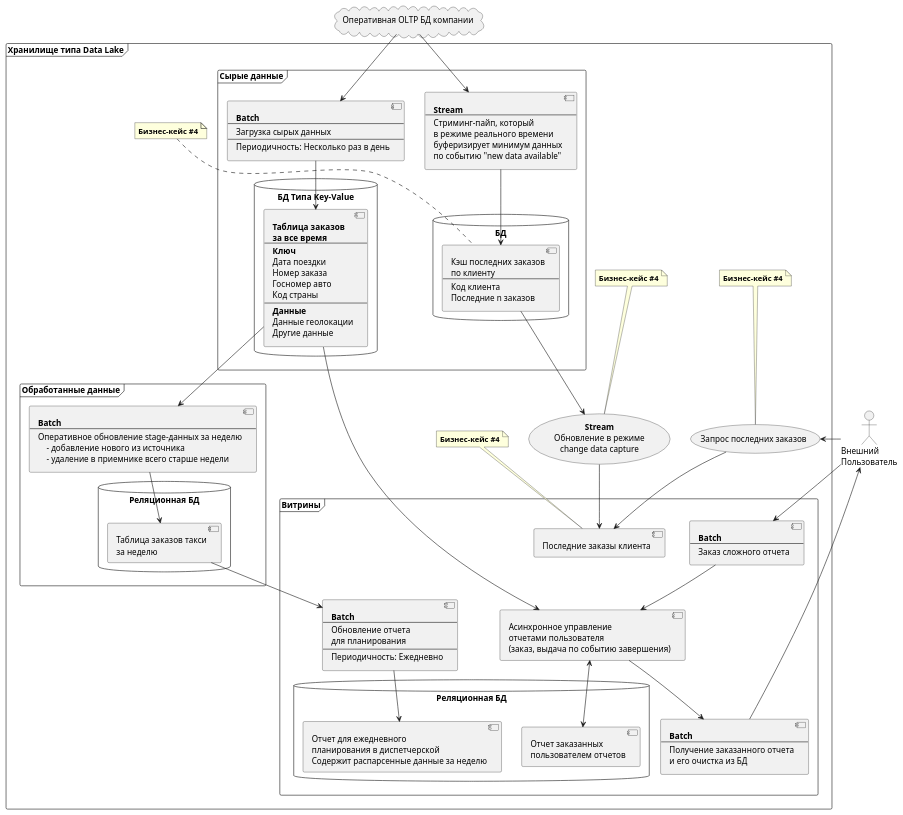
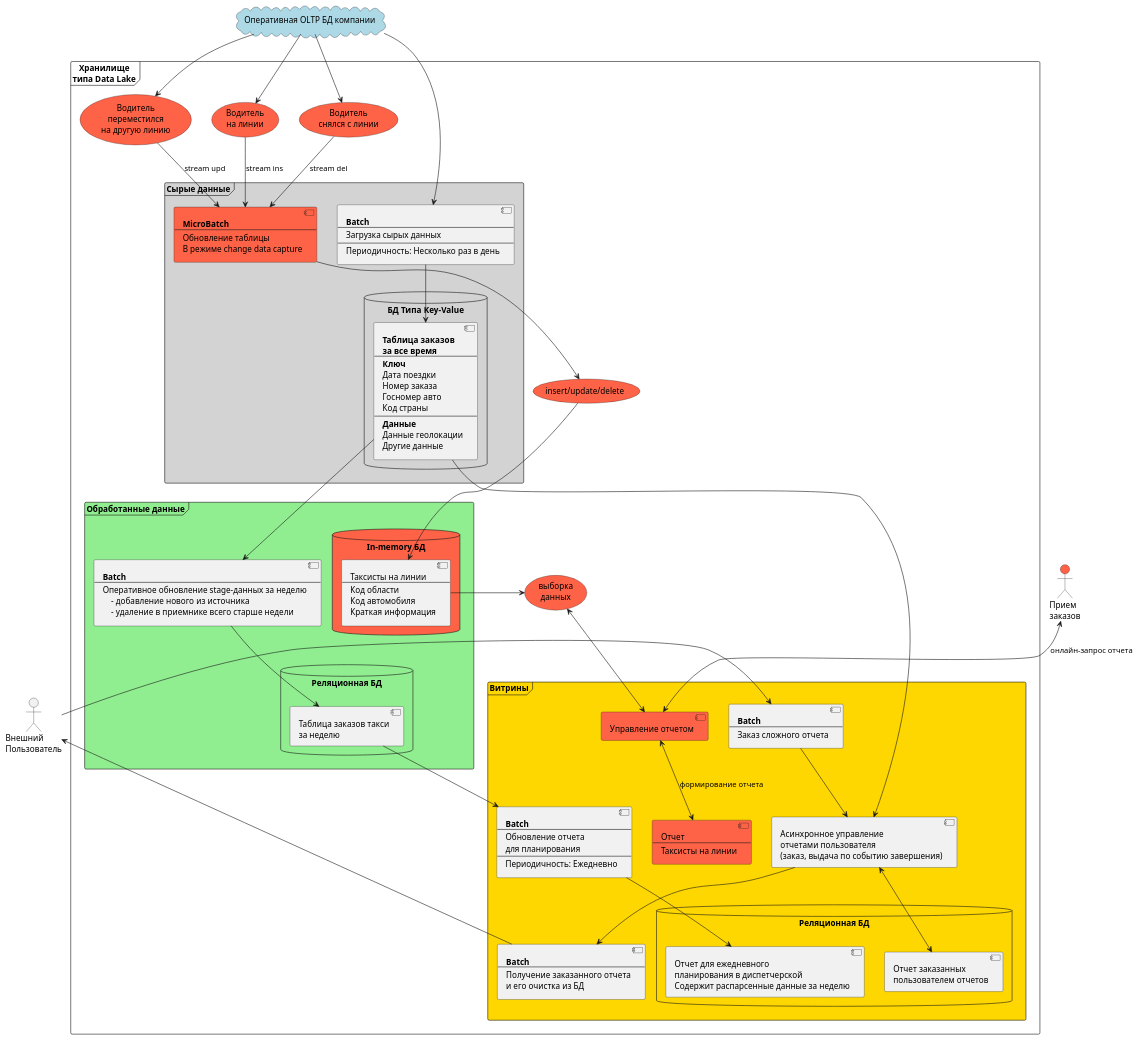
The diagram in home_exercises/ex2/datawarehouse_datalake.plantuml (tol2000/dataengineerclub), drawn with PlantUML before and after one commit. The commit also changed 1 other file, not shown here.

```diff
--- a/home_exercises/ex2/datawarehouse_datalake.plantuml
+++ b/home_exercises/ex2/datawarehouse_datalake.plantuml
@@ -1,135 +1,154 @@
 @startuml DataWarehouse
 
 skinparam ComponentStyle uml2
 
-cloud "Оперативная OLTP БД компании" as cloud_oltp_orders {
+' left to right direction
+' top to bottom direction
+
+cloud "Оперативная OLTP БД компании" as cloud_oltp_orders #LightBlue {
 
 }
 
 Actor "Внешний\nПользователь" as extuser
+'bc4
+Actor "Прием\nзаказов" as extuser4 #Tomato
 
-frame "Хранилище типа Data Lake" as frame_dlstor {
+frame "Хранилище\nтипа Data Lake" as frame_dlstor {
 
-    frame "Витрины" as frame_dlstor_dm {
+    frame "Витрины" as frame_dlstor_dm #Gold {
         component controller_extuser_reports [
             Асинхронное управление
             отчетами пользователя
             (заказ, выдача по событию завершения)
         ]
         database "Реляционная БД\n" as db_dm {
             component report_daily_plan [
                 Отчет для ежедневного
                 планирования в диспетчерской
                 Содержит распарсенные данные за неделю
             ]
             component report_extuser_reports [
                 Отчет заказанных
                 пользователем отчетов
             ]
         }
         component batch_report_daily_plan_refresh [
             **Batch**
             ----
             Обновление отчета
             для планирования
             ----
             Периодичность: Ежедневно
         ]
         component batch_extuser_report_order [
             **Batch**
             ----
             Заказ сложного отчета
         ]
         component batch_extuser_report_delivery [
             **Batch**
             ----
             Получение заказанного отчета
             и его очистка из БД
         ]
-        component tbl_last_orders [
-            Последние заказы клиента
+        'bc4
+        component report_drivers_online #Tomato [
+            Отчет
+            ----
+            Таксисты на линии
+        ]
+        'bc4
+        component control_report_drivers_online #Tomato [
+            Управление отчетом
         ]
     }
 
-    frame "Обработанные данные" as frame_dlstor_stage {
+    frame "Обработанные данные" as frame_dlstor_stage #LightGreen {
         database "Реляционная БД\n" as db_stage {
             [Таблица заказов такси\nза неделю] as tbl_staged_orders_week
         }
         component batch_tbl_orders_week_refresh [
             **Batch**
             ----
             Оперативное обновление stage-данных за неделю
                 - добавление нового из источника
                 - удаление в приемнике всего старше недели
         ]
+        'bc4
+        database "In-memory БД" as db_drivers_online #Tomato {
+            component tbl_drivers_online [
+                Таксисты на линии
+                ----
+                Код области
+                Код автомобиля
+                Краткая информация
+            ]
+        }
     }
 
-    frame "Сырые данные" as frame_dlstor_raw {
+    frame "Сырые данные" as frame_dlstor_raw #LightGray {
         database "БД Типа Key-Value" as db_raw {
             [**Таблица заказов**\n**за все время**\n----\n**Ключ**\nДата поездки\nНомер заказа\nГосномер авто\nКод страны\n----\n**Данные**\nДанные геолокации\nДругие данные] as tbl_raw_orders
         }
         component batch_raw_load [
             **Batch**
             ----
             Загрузка сырых данных
             ----
             Периодичность: Несколько раз в день
         ]
-        database "БД" as db_cache {
-            component tbl_cache_orders [
-                Кэш последних заказов
-                по клиенту
-                ----
-                Код клиента
-                Последние n заказов
-            ]
-        }
-        component stream_cache_proc [
-            **Stream**
+        'bc4
+        component batch_driver_status_proc #Tomato [
+            **MicroBatch**
             ----
-            Стриминг-пайп, который
-            в режиме реального времени
-            буферизирует минимум данных
-            по событию "new data available"
+            Обновление таблицы
+            В режиме change data capture
         ]
     }
-
-    (**Stream**\nОбновление в режиме\nchange data capture) as stream_last_orders_to_datamart
-    (Запрос последних заказов) as query_last_orders
 
     cloud_oltp_orders --> batch_raw_load
 
     batch_raw_load --> tbl_raw_orders
 
     tbl_raw_orders --> batch_tbl_orders_week_refresh
     batch_tbl_orders_week_refresh --> tbl_staged_orders_week
 
     tbl_staged_orders_week --> batch_report_daily_plan_refresh
     batch_report_daily_plan_refresh --> report_daily_plan
 
-    extuser --> batch_extuser_report_order
+    extuser -right-> batch_extuser_report_order
     batch_extuser_report_order --> controller_extuser_reports
     
     controller_extuser_reports <-- tbl_raw_orders
     controller_extuser_reports <--> report_extuser_reports
 
     controller_extuser_reports --> batch_extuser_report_delivery
-    batch_extuser_report_delivery --> extuser
+    batch_extuser_report_delivery -left-> extuser
 
-    cloud_oltp_orders --> stream_cache_proc
-    stream_cache_proc --> tbl_cache_orders
 
-    extuser --> (query_last_orders)
-    (query_last_orders) --> tbl_last_orders
+    'bc4
 
-    tbl_cache_orders --> (stream_last_orders_to_datamart)
-    (stream_last_orders_to_datamart) --> tbl_last_orders
+    (Водитель\nна линии) as driver_online #Tomato
+    (Водитель\nснялся с линии) as driver_offline #Tomato
+    (Водитель\nпереместился\nна другую линию) as driver_moved #Tomato
+    (выборка\nданных) as select_drivers_online #Tomato
+    (insert/update/delete) as insupddel_drivers_online #Tomato
+    
+    cloud_oltp_orders --> driver_online
+    cloud_oltp_orders --> driver_offline
+    cloud_oltp_orders --> driver_moved
 
-    note top of query_last_orders: **Бизнес-кейс #4**
-    note top of stream_last_orders_to_datamart: **Бизнес-кейс #4**
-    note top of tbl_cache_orders: **Бизнес-кейс #4**
-    note top of tbl_last_orders: **Бизнес-кейс #4**
+    driver_online --> batch_driver_status_proc : stream ins
+    driver_offline --> batch_driver_status_proc : stream del
+    driver_moved --> batch_driver_status_proc : stream upd
 
+    batch_driver_status_proc --> insupddel_drivers_online
+    insupddel_drivers_online --> tbl_drivers_online
+
+    extuser4 <--> control_report_drivers_online : онлайн-запрос отчета
+    tbl_drivers_online --> select_drivers_online
+    select_drivers_online <--> control_report_drivers_online
+    control_report_drivers_online <--> report_drivers_online : формирование отчета
 
 }
 @enduml
```
